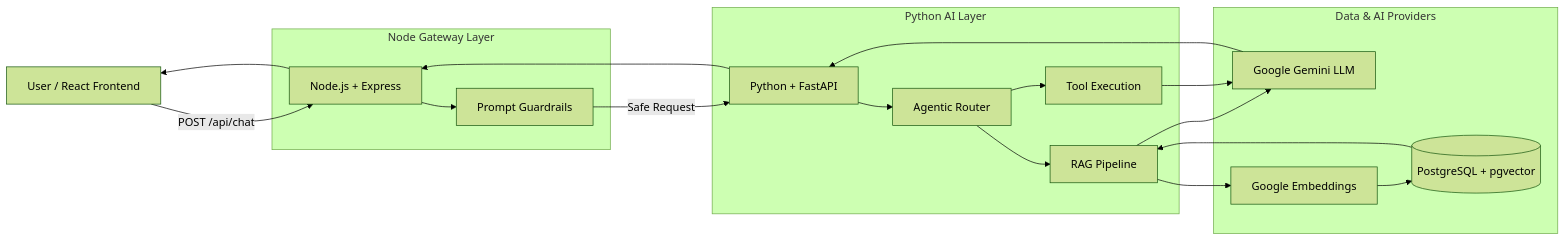
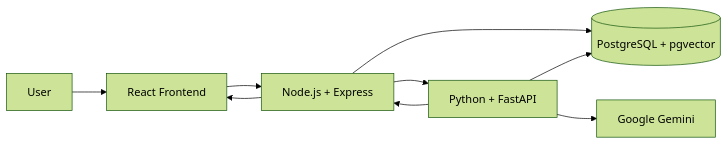
One commit to nitin-code6/cognivault changed the diagram in README.md. Above: the diagram before and after it, drawn with Mermaid (forest theme). The commit also changed other lines of this file, not shown here.

````diff
--- a/README.md
+++ b/README.md
@@ -136,41 +129,18 @@
 ```mermaid
 flowchart LR
-    User[User / React Frontend]
+    User[User]
+    Frontend[React Frontend]
+    Backend[Node.js + Express]
+    AI[Python + FastAPI]
+    DB[(PostgreSQL + pgvector)]
+    LLM[Google Gemini]
 
-    subgraph Node Gateway Layer
-        Backend[Node.js + Express]
-        Security[Prompt Guardrails]
-        Backend --> Security
-    end
-
-    subgraph Python AI Layer
-        AI[Python + FastAPI]
-        Router[Agentic Router]
-        Tools[Tool Execution]
-        RAG[RAG Pipeline]
-        
-        AI --> Router
-        Router --> Tools
-        Router --> RAG
-    end
-
-    subgraph Data & AI Providers
-        DB[(PostgreSQL + pgvector)]
-        LLM[Google Gemini LLM]
-        Embed[Google Embeddings]
-    end
-
-    User -->|POST /api/chat| Backend
-    Security -->|Safe Request| AI
-    
-    RAG --> Embed
-    Embed --> DB
-    DB --> RAG
-    
-    RAG --> LLM
-    Tools --> LLM
-    
-    LLM --> AI
+    User --> Frontend
+    Frontend --> Backend
+    Backend --> AI
+    Backend --> DB
+    AI --> DB
+    AI --> LLM
     AI --> Backend
-    Backend --> User
+    Backend --> Frontend
 ```
````
